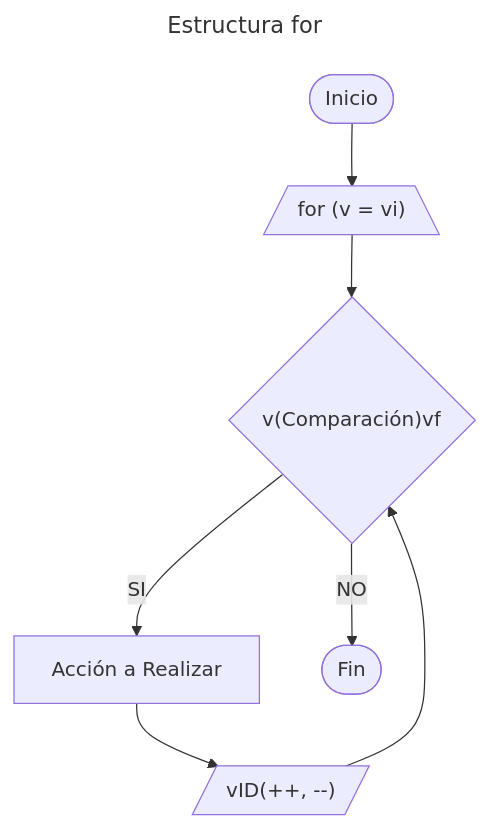
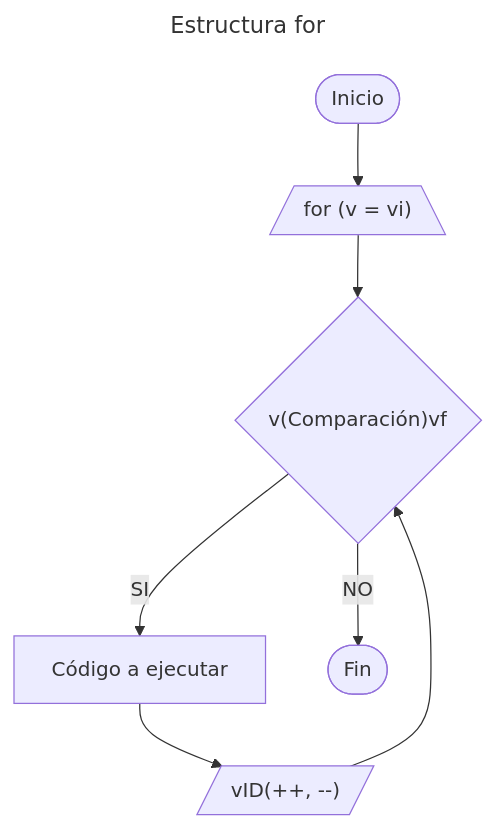
One commit to EnriqueChavezM/cpp-labs-and-tutorials changed the fifth of 7 diagrams in 01_Fundamentos/05_Estructuras_de_Control/01_Estructuras_de_Control.md. Above: the diagram before and after it, drawn with Mermaid. The commit also changed other lines of this file and 3 other files, not shown here.

````diff
--- a/01_Fundamentos/05_Estructuras_de_Control/01_Estructuras_de_Control.md
+++ b/01_Fundamentos/05_Estructuras_de_Control/01_Estructuras_de_Control.md
@@ -224,12 +230,12 @@
 ```mermaid
 ---
 title: Estructura for
 ---
 graph TD
     A(["Inicio"]) --> B[/"for  (v = vi)"\]
     B --> C{"v(Comparación)vf"}
-    C -- SI --> D["Acción a Realizar"]
+    C -- SI --> D["Código a ejecutar"]
     D --> E[/"vID(++, --)"/]
     E --> C
     C -- NO --> G([Fin])
 ```
````
